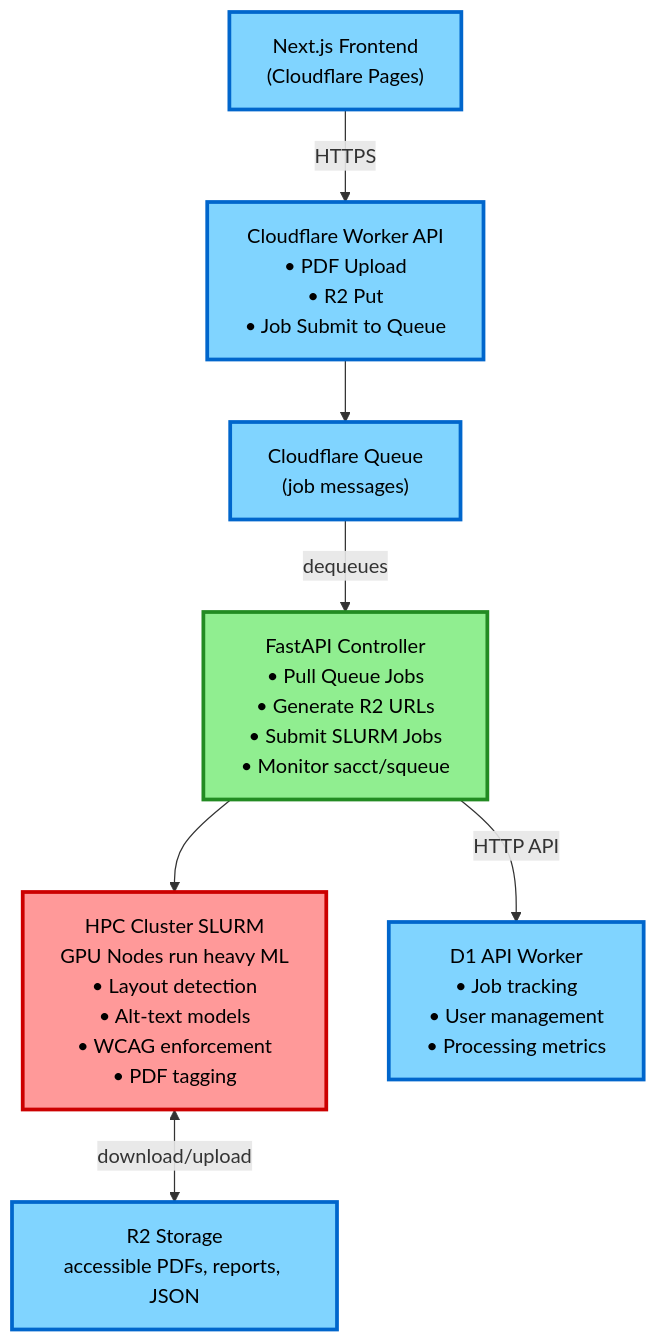
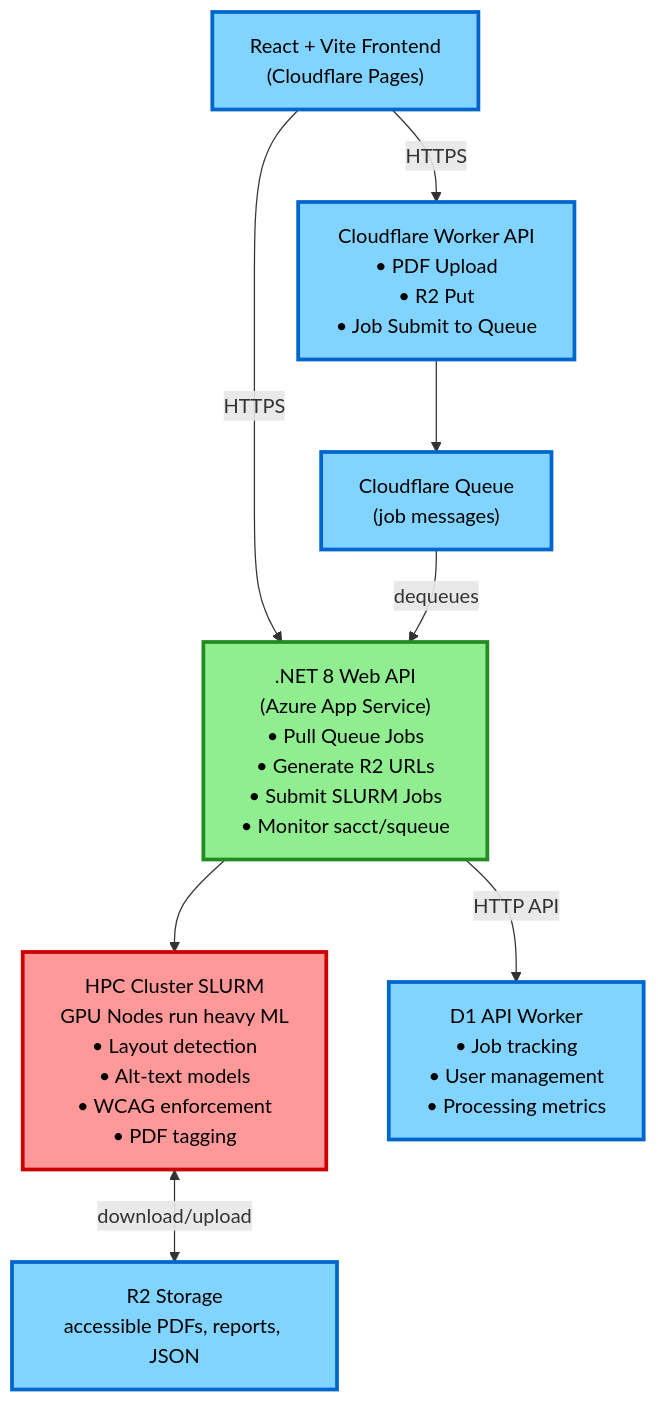
Before and after one commit to ucdavis/accessible-pdf-rocky: the first of 2 diagrams in docs/ARCHITECTURE.md, drawn with Mermaid. The commit also changed other lines of this file and 121 other files, not shown here.

First line of the commit message:
refactor: migrate to .NET 8 backend and React/Vite frontend

````diff
--- a/docs/ARCHITECTURE.md
+++ b/docs/ARCHITECTURE.md
@@ -60,25 +65,26 @@
 ```mermaid
 flowchart TD
-    Frontend["Next.js Frontend<br/>(Cloudflare Pages)"] -->|HTTPS| Workers
+    Frontend["React + Vite Frontend<br/>(Cloudflare Pages)"] -->|HTTPS| Workers
+    Frontend -->|HTTPS| Controller
     
     Workers["Cloudflare Worker API<br/>• PDF Upload<br/>• R2 Put<br/>• Job Submit to Queue"] --> Queue
     
     Queue["Cloudflare Queue<br/>(job messages)"] -->|dequeues| Controller
     
-    Controller["FastAPI Controller<br/>• Pull Queue Jobs<br/>• Generate R2 URLs<br/>• Submit SLURM Jobs<br/>• Monitor sacct/squeue"] --> HPC
+    Controller[".NET 8 Web API<br/>(Azure App Service)<br/>• Pull Queue Jobs<br/>• Generate R2 URLs<br/>• Submit SLURM Jobs<br/>• Monitor sacct/squeue"] --> HPC
     Controller -->|HTTP API| DBWorker
     
     DBWorker["D1 API Worker<br/>• Job tracking<br/>• User management<br/>• Processing metrics"]
     
     HPC["HPC Cluster SLURM<br/>GPU Nodes run heavy ML<br/>• Layout detection<br/>• Alt-text models<br/>• WCAG enforcement<br/>• PDF tagging"] <-->|download/upload| R2
     
     R2["R2 Storage<br/>accessible PDFs, reports, JSON"]
     
     style Frontend fill:#80d4ff,stroke:#0066cc,stroke-width:3px,color:#000
     style Workers fill:#80d4ff,stroke:#0066cc,stroke-width:3px,color:#000
     style Queue fill:#80d4ff,stroke:#0066cc,stroke-width:3px,color:#000
     style Controller fill:#90ee90,stroke:#228b22,stroke-width:3px,color:#000
     style DBWorker fill:#80d4ff,stroke:#0066cc,stroke-width:3px,color:#000
     style HPC fill:#ff9999,stroke:#cc0000,stroke-width:3px,color:#000
     style R2 fill:#80d4ff,stroke:#0066cc,stroke-width:3px,color:#000
 ```
````
